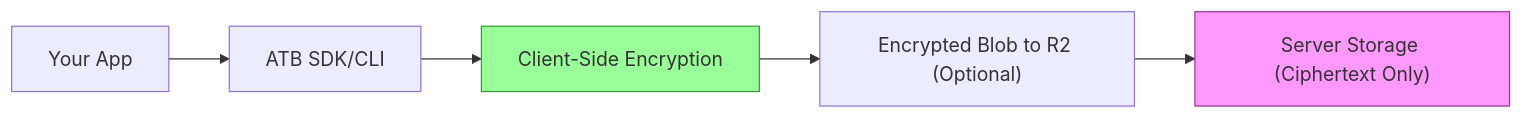
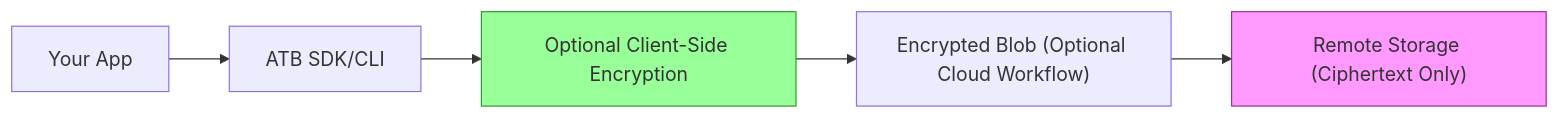
One commit to pcguest/atb changed the diagram in docs/security.md. Above: the diagram before and after it, drawn with Mermaid. The commit also changed other lines of this file and 7 other files, not shown here.

````diff
--- a/docs/security.md
+++ b/docs/security.md
@@ -24,9 +28,9 @@
 ```mermaid
 graph LR
     A["Your App"] --> B["ATB SDK/CLI"]
-    B --> C["Client-Side Encryption"]
-    C --> D["Encrypted Blob to R2 (Optional)"]
-    D --> E["Server Storage (Ciphertext Only)"]
+    B --> C["Optional Client-Side Encryption"]
+    C --> D["Encrypted Blob (Optional Cloud Workflow)"]
+    D --> E["Remote Storage (Ciphertext Only)"]
     style C fill:#9f9,stroke:#393
     style E fill:#f9f,stroke:#939
 ```
````
